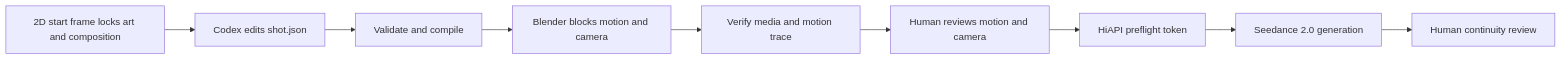
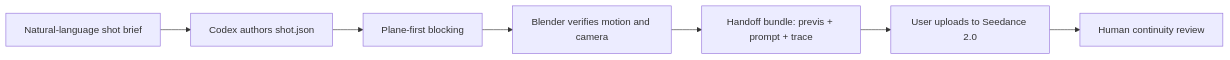
Before and after one commit to HiAPIAI/awesome-codex-blender-seedance-workflows: the diagram in README.md, drawn with Mermaid. The commit also changed other lines of this file and 17 other files, not shown here.

````diff
--- a/README.md
+++ b/README.md
@@ -11,11 +11,9 @@
 ```mermaid
 flowchart LR
-  A["2D start frame locks art and composition"] --> B["Codex edits shot.json"]
-  B --> C["Validate and compile"]
-  C --> D["Blender blocks motion and camera"]
-  D --> R["Verify media and motion trace"]
-  R --> E["Human reviews motion and camera"]
-  E --> F["HiAPI preflight token"]
-  F --> G["Seedance 2.0 generation"]
-  G --> H["Human continuity review"]
+  A["Natural-language shot brief"] --> B["Codex authors shot.json"]
+  B --> C["Plane-first blocking"]
+  C --> D["Blender verifies motion and camera"]
+  D --> E["Handoff bundle: previs + prompt + trace"]
+  E --> F["User uploads to Seedance 2.0"]
+  F --> G["Human continuity review"]
 ```
````
